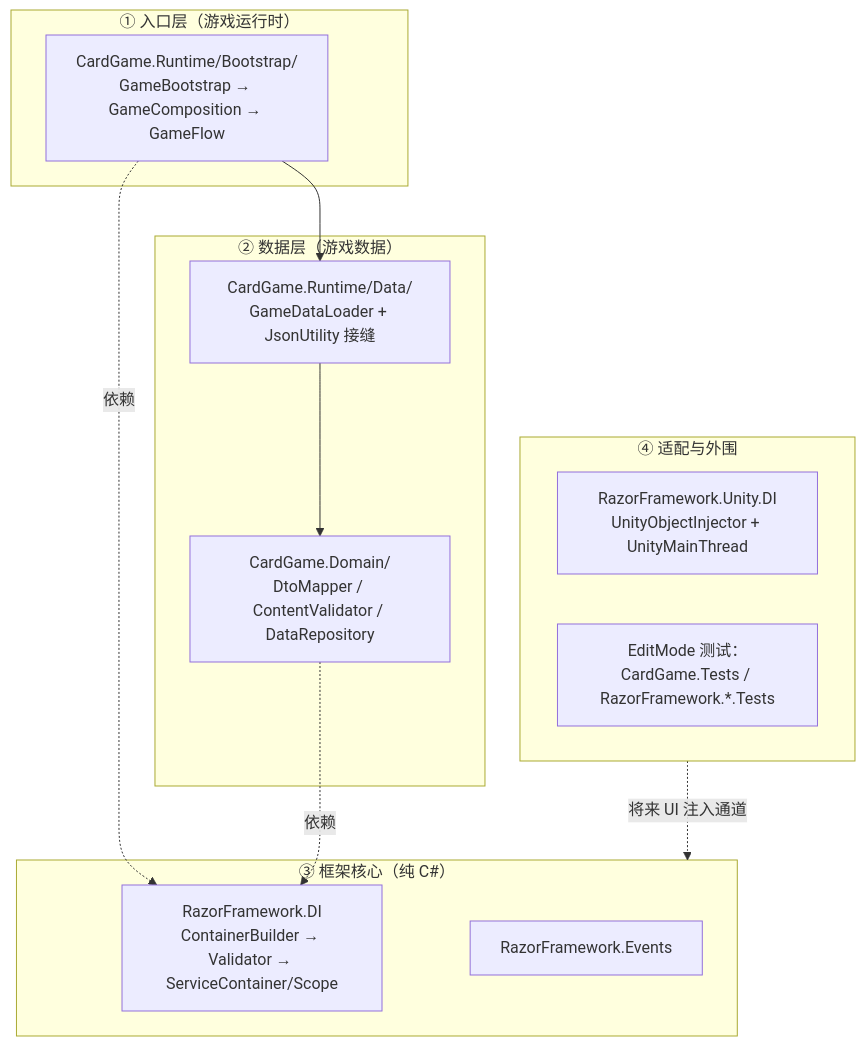
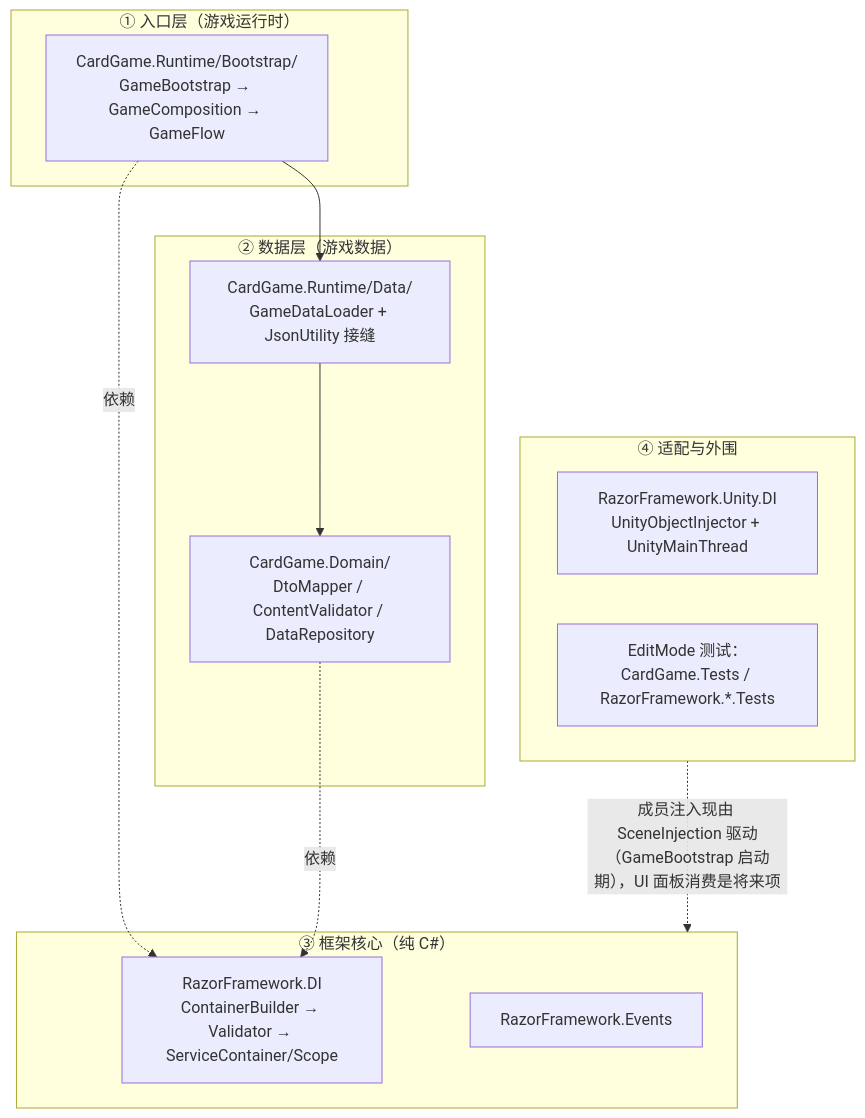
Before and after one commit to E-Dawnize/CardGame: the diagram in docs/code-reading-order.md, drawn with Mermaid. The commit also changed other lines of this file and 5 other files, not shown here.

Commit message:
docs: sync assembly-boundary docs and reading order for scene injection driver

````diff
--- a/docs/code-reading-order.md
+++ b/docs/code-reading-order.md
@@ -9,22 +9,22 @@
 ```mermaid
 flowchart TB
     subgraph L1["① 入口层（游戏运行时）"]
         G1["CardGame.Runtime/Bootstrap/<br/>GameBootstrap → GameComposition → GameFlow"]
     end
     subgraph L2["② 数据层（游戏数据）"]
         D1["CardGame.Runtime/Data/<br/>GameDataLoader + JsonUtility 接缝"]
         D2["CardGame.Domain/<br/>DtoMapper / ContentValidator / DataRepository"]
     end
     subgraph L3["③ 框架核心（纯 C#）"]
         F1["RazorFramework.DI<br/>ContainerBuilder → Validator → ServiceContainer/Scope"]
         F2["RazorFramework.Events"]
     end
     subgraph L4["④ 适配与外围"]
         A1["RazorFramework.Unity.DI<br/>UnityObjectInjector + UnityMainThread"]
         T1["EditMode 测试：CardGame.Tests / RazorFramework.*.Tests"]
     end
     G1 --> D1 --> D2
     G1 -.依赖.-> F1
     D2 -.依赖.-> F1
-    L4 -.将来 UI 注入通道.-> L3
+    L4 -.成员注入现由 SceneInjection 驱动（GameBootstrap 启动期），UI 面板消费是将来项.-> L3
 ```
````
